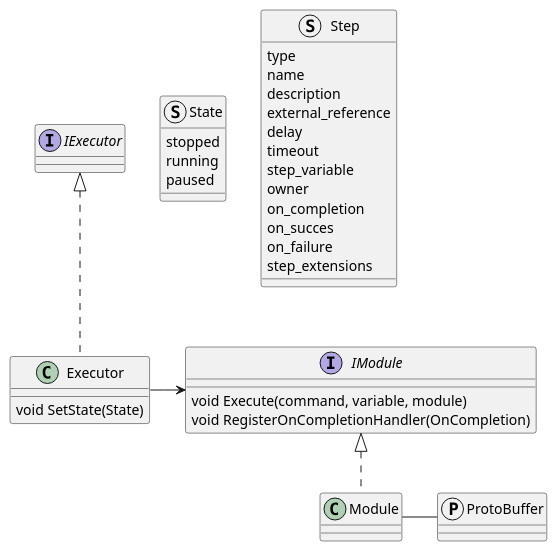
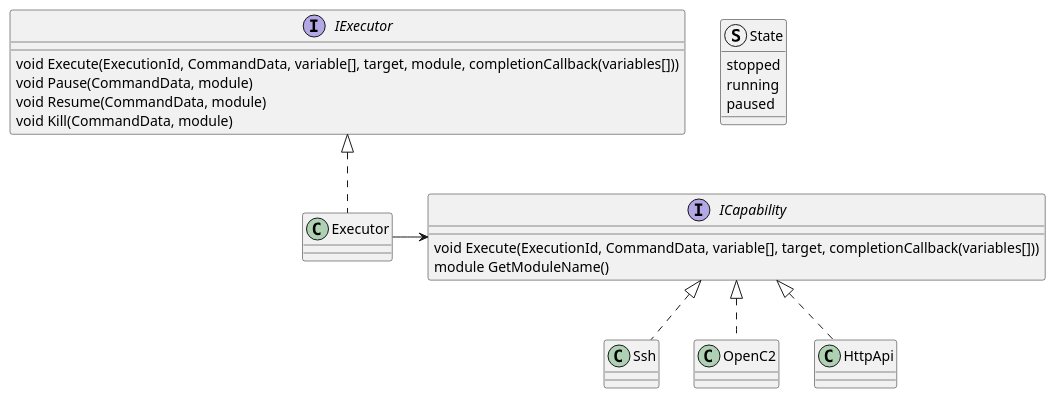
Before and after one commit to COSSAS/SOARCA: the second of 5 diagrams in doc/executer.adoc, drawn with PlantUML. The commit also changed other lines of this file and 2 other files, not shown here.

Commit message:
Feature/executer interface definition and documentation

```diff
--- a/doc/executer.adoc
+++ b/doc/executer.adoc
@@ -35,51 +72,42 @@
 [plantuml, target=soar-ca-executer-interface]
 ....
 @startuml
 
 interface IExecutor {
+    void Execute(ExecutionId, CommandData, variable[], target, module, completionCallback(variables[]))
+    void Pause(CommandData, module)
+    void Resume(CommandData, module)
+    void Kill(CommandData, module)
 }
 
 struct State{
     stopped
     running
     paused
 }
 
 
-struct Step {
-    type
-    name
-    description
-    external_reference
-    delay
-    timeout
-    step_variable
-    owner
-    on_completion
-    on_succes
-    on_failure
-    step_extensions
+interface ICapability{
+    void Execute(ExecutionId, CommandData, variable[], target, completionCallback(variables[]))
+    module GetModuleName()
 }
 
 
-interface IModule {
-    void Execute(command, variable, module)
-    void RegisterOnCompletionHandler(OnCompletion)
-}
+class Executor 
+
+class "Ssh" as ssh
+class "OpenC2" as openc2
+class "HttpApi" as api
 
 
-class Executor {
-    void SetState(State)
-}
+IExecutor <|.. Executor
+Executor -> ICapability
+ICapability <|.. ssh
+ICapability <|.. openc2
+ICapability <|.. api
 
-class Module
-protocol ProtoBuffer
 
-IExecutor <|.. Executor
-Executor -> IModule
-IModule <|.. Module
-Module - ProtoBuffer
 
 
 @enduml
 ....
```
